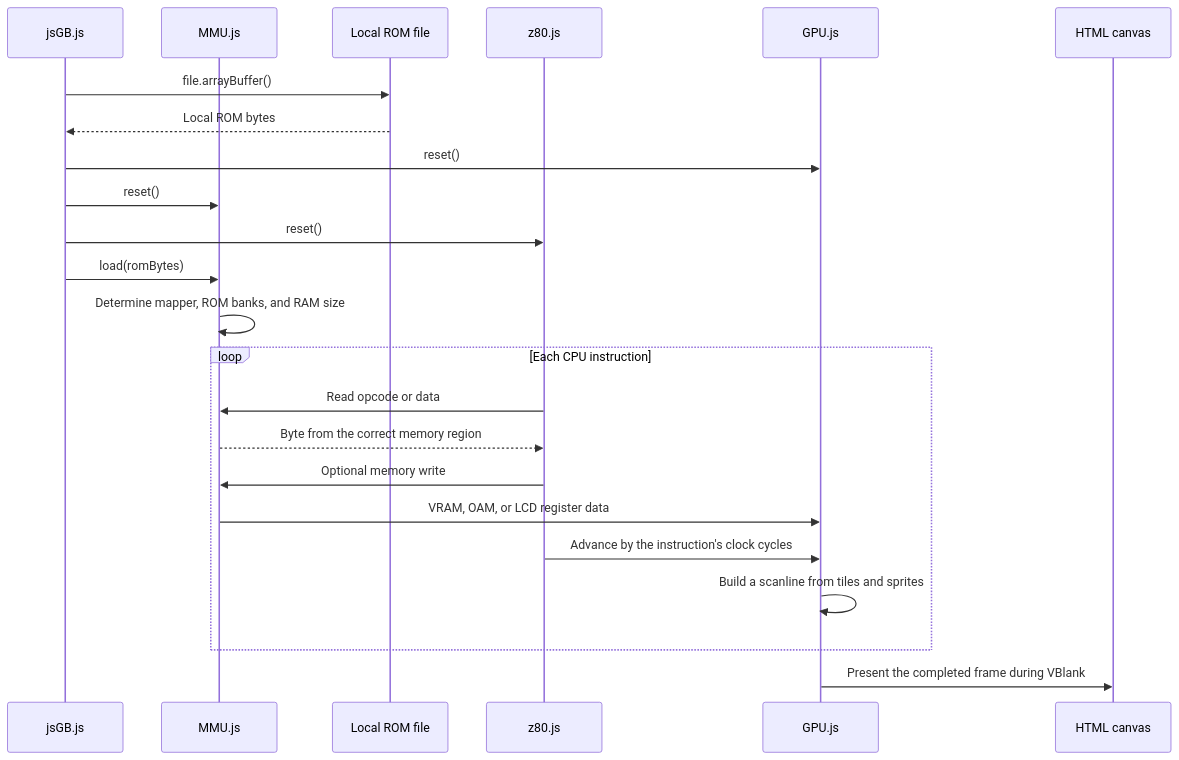
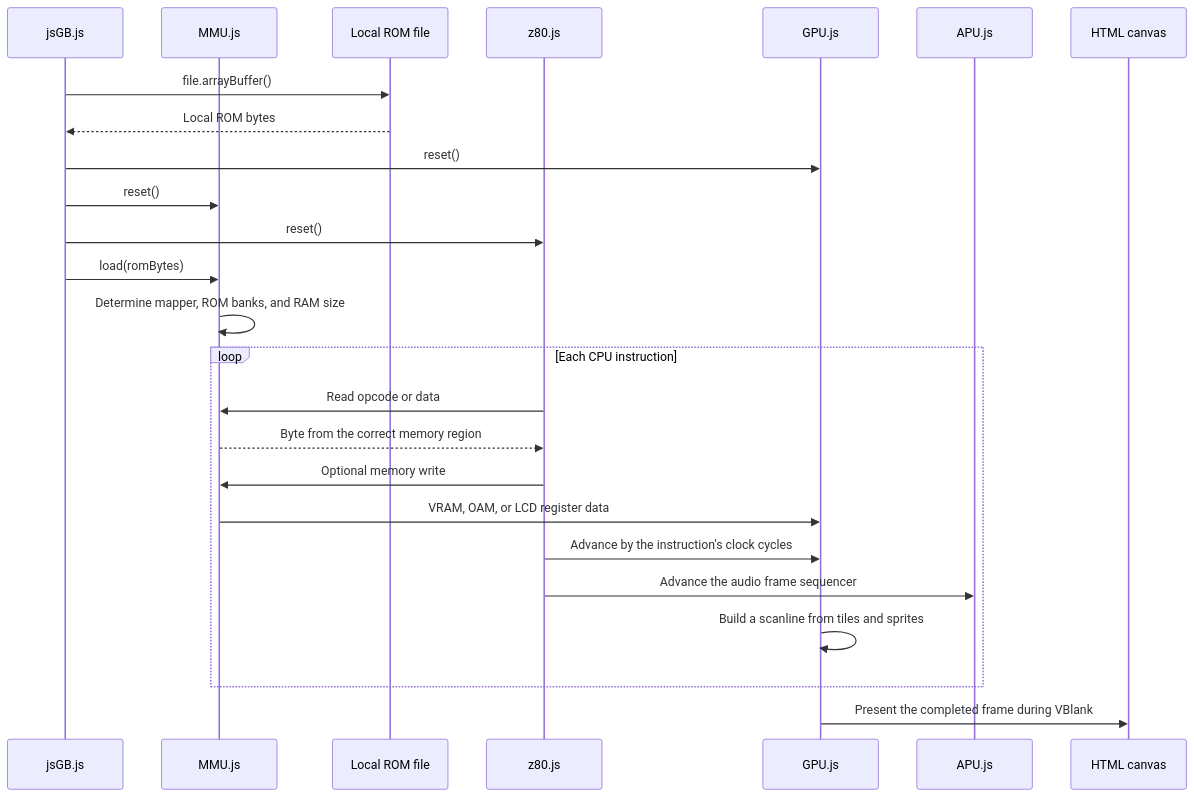
The second of 2 diagrams in README.md (KamilMatyjaszczyk/Emulator), drawn with Mermaid before and after one commit. The commit also changed other lines of this file and 9 other files, not shown here.

````diff
--- a/README.md
+++ b/README.md
@@ -110,26 +129,28 @@
 ```mermaid
 sequenceDiagram
     participant UI as jsGB.js
     participant MMU as MMU.js
     participant ROM as Local ROM file
     participant CPU as z80.js
     participant GPU as GPU.js
+    participant APU as APU.js
     participant Canvas as HTML canvas
 
     UI->>ROM: file.arrayBuffer()
     ROM-->>UI: Local ROM bytes
     UI->>GPU: reset()
     UI->>MMU: reset()
     UI->>CPU: reset()
     UI->>MMU: load(romBytes)
     MMU->>MMU: Determine mapper, ROM banks, and RAM size
     loop Each CPU instruction
         CPU->>MMU: Read opcode or data
         MMU-->>CPU: Byte from the correct memory region
         CPU->>MMU: Optional memory write
         MMU->>GPU: VRAM, OAM, or LCD register data
         CPU->>GPU: Advance by the instruction's clock cycles
+        CPU->>APU: Advance the audio frame sequencer
         GPU->>GPU: Build a scanline from tiles and sprites
     end
     GPU->>Canvas: Present the completed frame during VBlank
 ```
````
